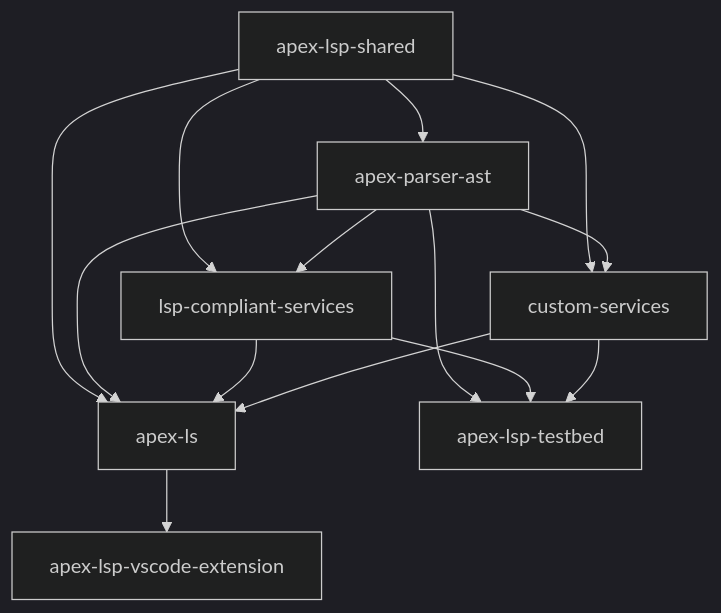
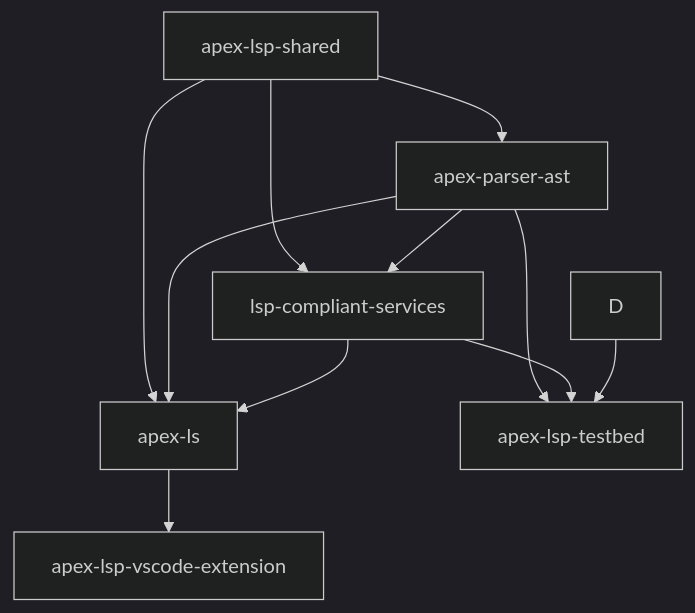
One commit to forcedotcom/apex-language-support changed the diagram in CONTRIBUTING.md. Above: the diagram before and after it, drawn with Mermaid (dark theme). The commit also changed other lines of this file and 26 other files, not shown here.

Commit message:
chore: remove custom-services package

````diff
--- a/CONTRIBUTING.md
+++ b/CONTRIBUTING.md
@@ -202,20 +200,17 @@
 ```mermaid
 graph TD
     A[apex-lsp-shared] --> B[apex-parser-ast]
     A --> C[lsp-compliant-services]
-    A --> D[custom-services]
     A --> E[apex-ls]
 
     B --> C
-    B --> D
     B --> E
 
     C --> E
-    D --> E
 
     E --> H[apex-lsp-vscode-extension]
 
     B --> K[apex-lsp-testbed]
     C --> K
     D --> K
 ```
````
